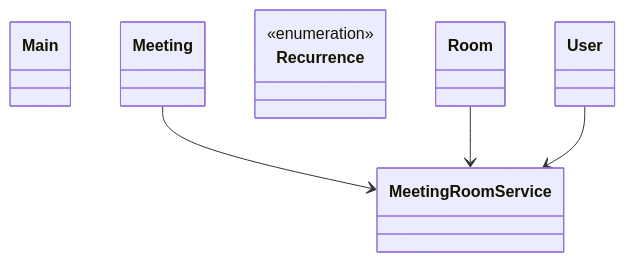
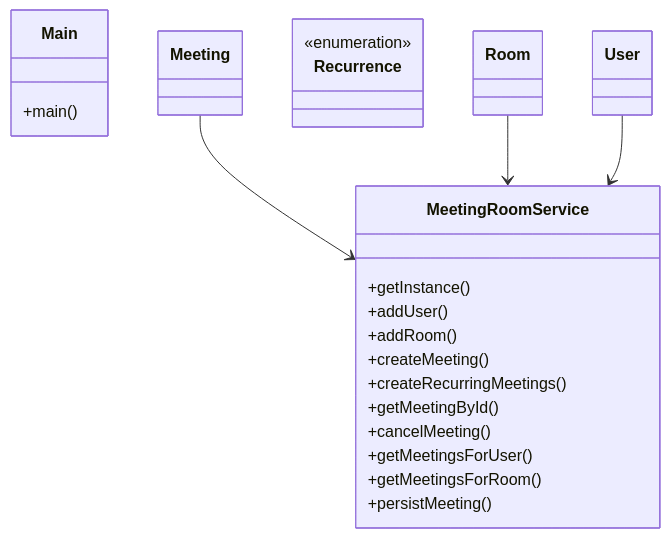
One commit to amanjaiswal30/dsa-solutions changed the diagram in questions/low_level_design/07_meeting_scheduler_lld.md. Above: the diagram before and after it, drawn with Mermaid. The commit also changed other lines of this file and 210 other files, not shown here.

````diff
--- a/questions/low_level_design/07_meeting_scheduler_lld.md
+++ b/questions/low_level_design/07_meeting_scheduler_lld.md
@@ -52,14 +52,27 @@
 ```mermaid
 classDiagram
-    class Main
+    class Main {
+        +main()
+    }
     class Meeting
-    class MeetingRoomService
+    class MeetingRoomService {
+        +getInstance()
+        +addUser()
+        +addRoom()
+        +createMeeting()
+        +createRecurringMeetings()
+        +getMeetingById()
+        +cancelMeeting()
+        +getMeetingsForUser()
+        +getMeetingsForRoom()
+        +persistMeeting()
+    }
     class Recurrence {
         <<enumeration>>
     }
     class Room
     class User
     Meeting --> MeetingRoomService
     Room --> MeetingRoomService
     User --> MeetingRoomService
 ```
````
